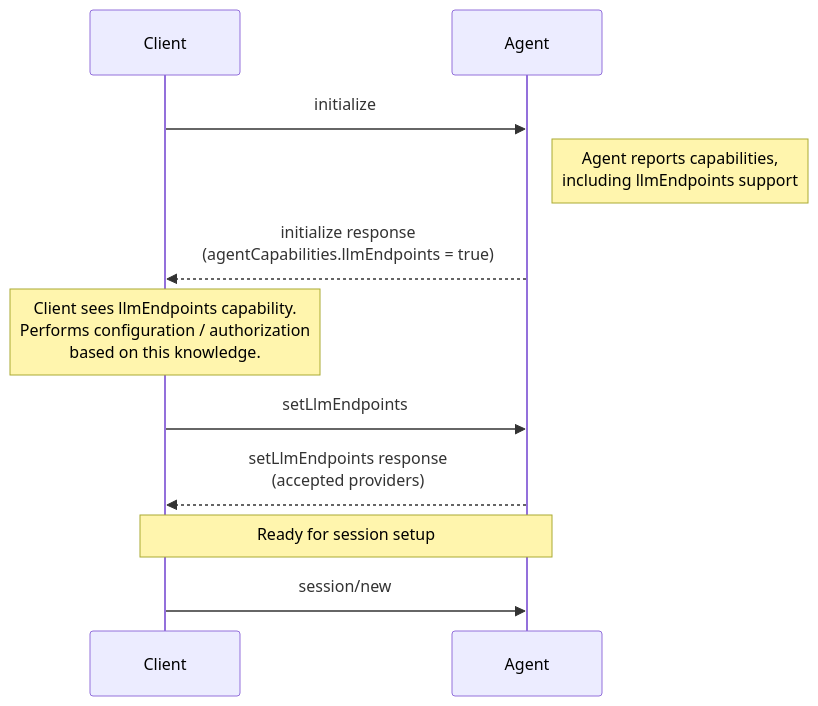
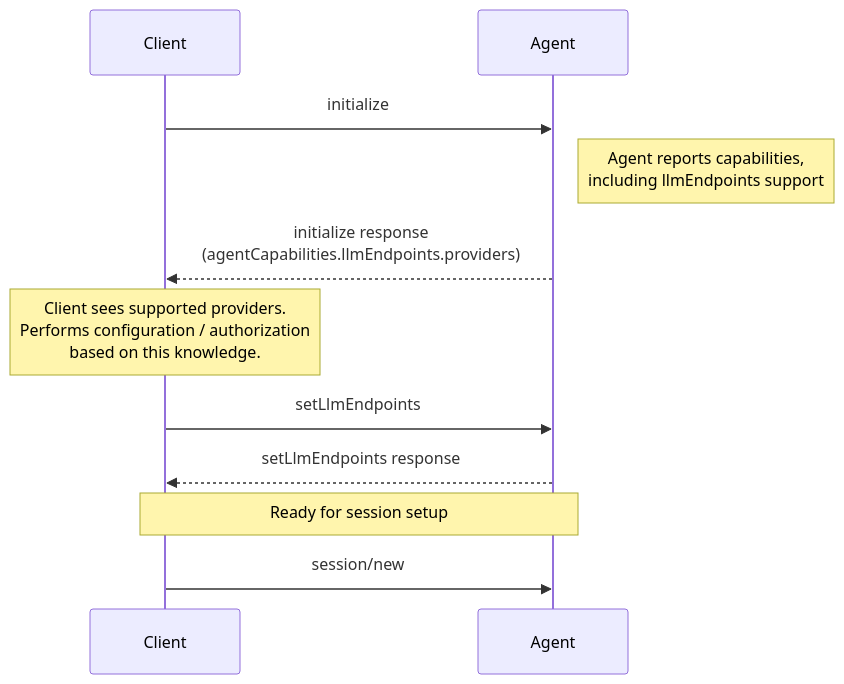
One commit to agentclientprotocol/agent-client-protocol changed the diagram in docs/rfds/custom-llm-endpoint.mdx. Above: the diagram before and after it, drawn with Mermaid. The commit also changed other lines of this file, not shown here.

Commit message:
docs: update custom LLM endpoint RFD to include provider-based capabilities

````diff
--- a/docs/rfds/custom-llm-endpoint.mdx
+++ b/docs/rfds/custom-llm-endpoint.mdx
@@ -44,17 +44,17 @@
 ```mermaid
 sequenceDiagram
     participant Client
     participant Agent
 
     Client->>Agent: initialize
     Note right of Agent: Agent reports capabilities,<br/>including llmEndpoints support
-    Agent-->>Client: initialize response<br/>(agentCapabilities.llmEndpoints = true)
+    Agent-->>Client: initialize response<br/>(agentCapabilities.llmEndpoints.providers)
 
-    Note over Client: Client sees llmEndpoints capability.<br/>Performs configuration / authorization<br/>based on this knowledge.
+    Note over Client: Client sees supported providers.<br/>Performs configuration / authorization<br/>based on this knowledge.
 
     Client->>Agent: setLlmEndpoints
-    Agent-->>Client: setLlmEndpoints response<br/>(accepted providers)
+    Agent-->>Client: setLlmEndpoints response
 
     Note over Client,Agent: Ready for session setup
     Client->>Agent: session/new
 ```
````
